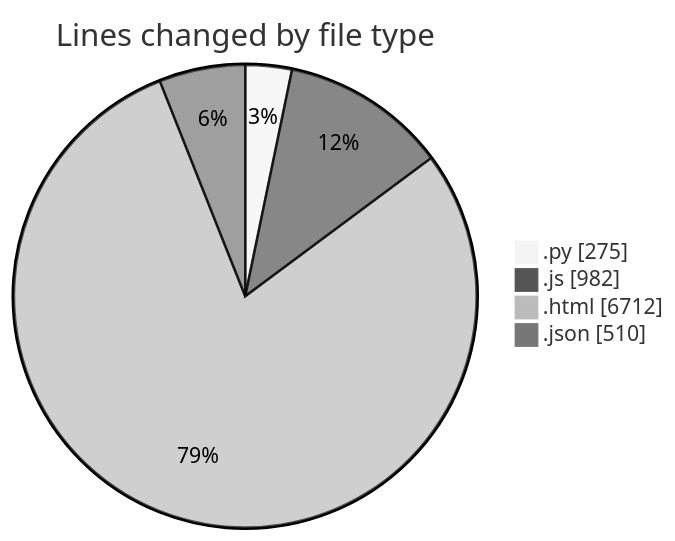
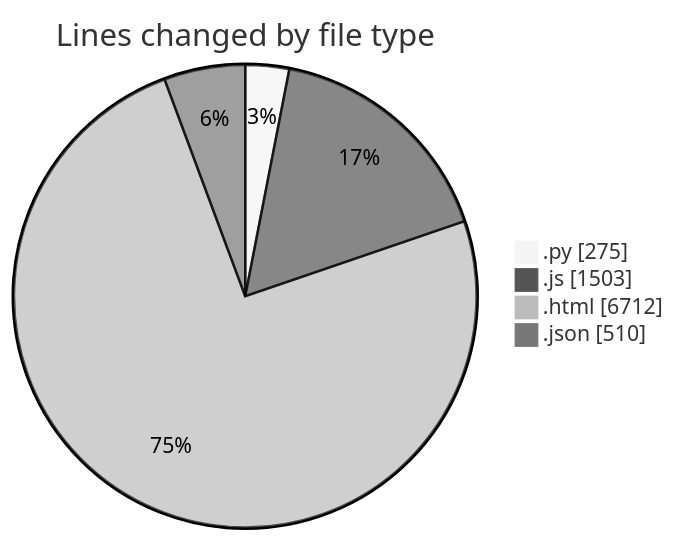
The first of 2 diagrams in 2026-07-09/twenty_versions_aminor/README.md (shibass792/code-tracking), drawn with Mermaid (neutral theme) before and after one commit. The commit also changed other lines of this file and 1 other file, not shown here.

````diff
--- a/2026-07-09/twenty_versions_aminor/README.md
+++ b/2026-07-09/twenty_versions_aminor/README.md
@@ -35,8 +36,8 @@
 ```mermaid
 pie showData
 title Lines changed by file type
 ".py" : 275
-".js" : 982
+".js" : 1503
 ".html" : 6712
 ".json" : 510
 ```
````
